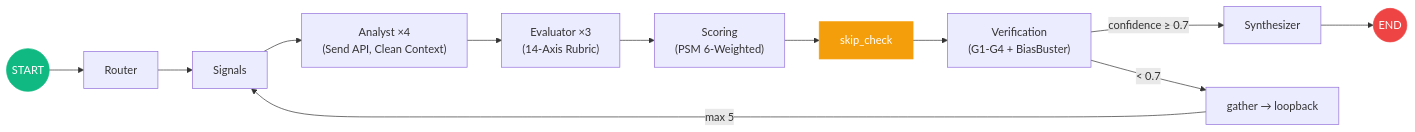
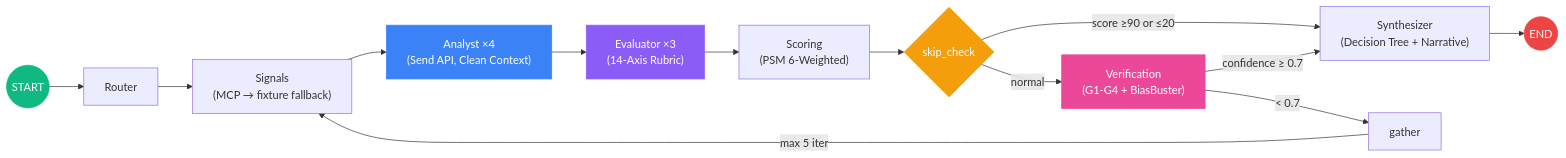
Diagram 13 of 15 in README.md (mangowhoiscloud/geode), drawn with Mermaid before and after one commit. The commit also changed other lines of this file and 1 other file, not shown here.

````diff
--- a/README.md
+++ b/README.md
@@ -557,18 +576,22 @@
 ```mermaid
 graph LR
     START((START)) --> Router
-    Router --> Signals
+    Router --> Signals["Signals<br/>(MCP → fixture fallback)"]
     Signals --> A["Analyst ×4<br/>(Send API, Clean Context)"]
     A --> E["Evaluator ×3<br/>(14-Axis Rubric)"]
     E --> Scoring["Scoring<br/>(PSM 6-Weighted)"]
-    Scoring --> SkipCheck["skip_check"]
-    SkipCheck --> V["Verification<br/>(G1-G4 + BiasBuster)"]
-    V -->|"confidence ≥ 0.7"| Synth["Synthesizer"]
-    V -->|"< 0.7"| Gather["gather → loopback"]
-    Gather -->|"max 5"| Signals
+    Scoring --> SkipCheck{"skip_check"}
+    SkipCheck -->|"normal"| V["Verification<br/>(G1-G4 + BiasBuster)"]
+    SkipCheck -->|"score ≥90 or ≤20"| Synth
+    V -->|"confidence ≥ 0.7"| Synth["Synthesizer<br/>(Decision Tree + Narrative)"]
+    V -->|"< 0.7"| Gather["gather"]
+    Gather -->|"max 5 iter"| Signals
     Synth --> END((END))
 
     style START fill:#10b981,stroke:#10b981,color:#fff
     style END fill:#ef4444,stroke:#ef4444,color:#fff
     style SkipCheck fill:#f59e0b,stroke:#f59e0b,color:#fff
+    style A fill:#3b82f6,stroke:#3b82f6,color:#fff
+    style E fill:#8b5cf6,stroke:#8b5cf6,color:#fff
+    style V fill:#ec4899,stroke:#ec4899,color:#fff
 ```
````
